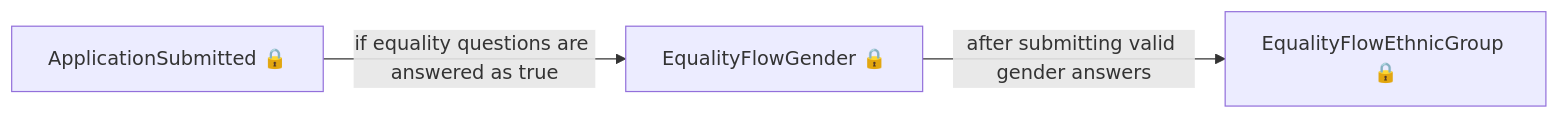
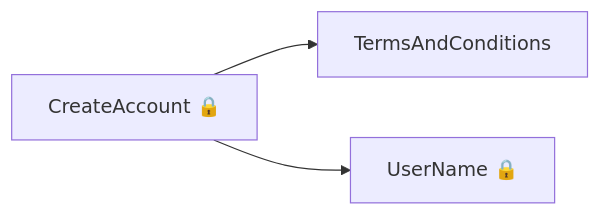
One commit to talentconsulting/atlas-dfe changed the sixth of 6 diagrams in das-findapprenticeship-web/user-journeys/user-journeys.md. Above: the diagram before and after it, drawn with Mermaid. The commit also changed other lines of this file and 36 other files, not shown here.

````diff
--- a/das-findapprenticeship-web/user-journeys/user-journeys.md
+++ b/das-findapprenticeship-web/user-journeys/user-journeys.md
@@ -133,5 +107,5 @@
 ```mermaid
 flowchart LR
-  p0["ApplicationSubmitted 🔒"] -->|"if equality questions are answered as true"| p1["EqualityFlowGender 🔒"]
-  p1["EqualityFlowGender 🔒"] -->|"after submitting valid gender answers"| p2["EqualityFlowEthnicGroup 🔒"]
+  p0["CreateAccount 🔒"] --> p1["TermsAndConditions"]
+  p0["CreateAccount 🔒"] --> p2["UserName 🔒"]
 ```
````
